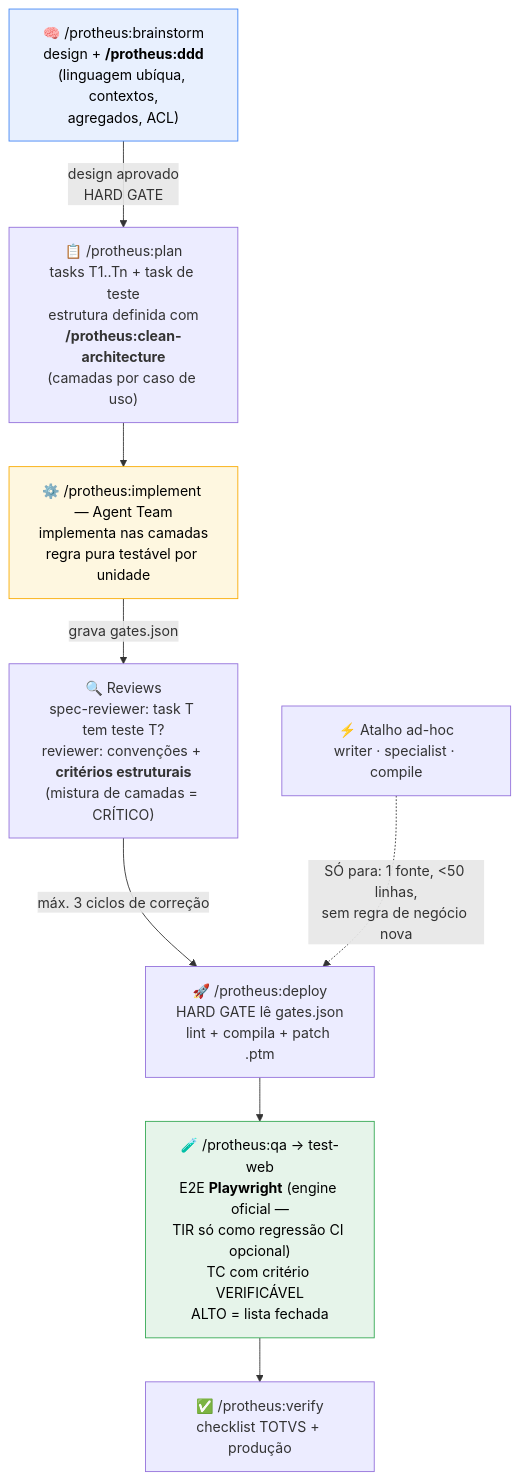
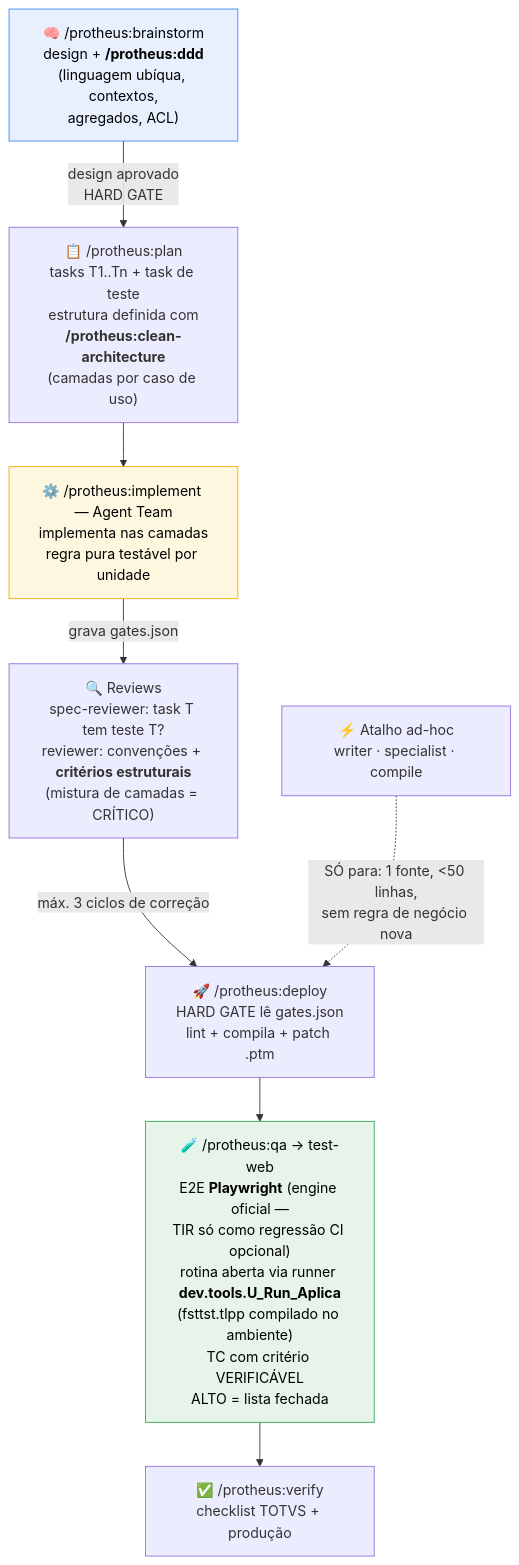
The second of 3 diagrams in FLUXO-DE-TRABALHO.md (tbc-servicos/dataagile-agent-kit), drawn with Mermaid before and after one commit. The commit also changed 3 other files, not shown here.

Commit message:
feat(protheus): test-web usa o runner fsttst.tlpp (dev.tools.U_Run_Aplica) para abrir rotinas direto

````diff
--- a/FLUXO-DE-TRABALHO.md
+++ b/FLUXO-DE-TRABALHO.md
@@ -50,15 +50,15 @@
 ```mermaid
 flowchart TD
     A["🧠 /protheus:brainstorm<br/>design + <b>/protheus:ddd</b><br/>(linguagem ubíqua, contextos,<br/>agregados, ACL)"] -->|design aprovado<br/>HARD GATE| B["📋 /protheus:plan<br/>tasks T1..Tn + task de teste<br/>estrutura definida com<br/><b>/protheus:clean-architecture</b><br/>(camadas por caso de uso)"]
     B --> C["⚙️ /protheus:implement — Agent Team<br/>implementa nas camadas<br/>regra pura testável por unidade"]
     C -->|"grava gates.json"| D["🔍 Reviews<br/>spec-reviewer: task T tem teste T?<br/>reviewer: convenções + <b>critérios estruturais</b><br/>(mistura de camadas = CRÍTICO)"]
     D -->|"máx. 3 ciclos de correção"| E["🚀 /protheus:deploy<br/>HARD GATE lê gates.json<br/>lint + compila + patch .ptm"]
-    E --> F["🧪 /protheus:qa → test-web<br/>E2E <b>Playwright</b> (engine oficial —<br/>TIR só como regressão CI opcional)<br/>TC com critério VERIFICÁVEL<br/>ALTO = lista fechada"]
+    E --> F["🧪 /protheus:qa → test-web<br/>E2E <b>Playwright</b> (engine oficial —<br/>TIR só como regressão CI opcional)<br/>rotina aberta via runner <b>dev.tools.U_Run_Aplica</b><br/>(fsttst.tlpp compilado no ambiente)<br/>TC com critério VERIFICÁVEL<br/>ALTO = lista fechada"]
     F --> G["✅ /protheus:verify<br/>checklist TOTVS + produção"]
 
     H["⚡ Atalho ad-hoc<br/>writer · specialist · compile"] -.->|"SÓ para: 1 fonte, <50 linhas,<br/>sem regra de negócio nova"| E
 
     style A fill:#e8f0fe,stroke:#4285f4,color:#000
     style C fill:#fef7e0,stroke:#f9ab00,color:#000
     style F fill:#e6f4ea,stroke:#34a853,color:#000
 ```
````
